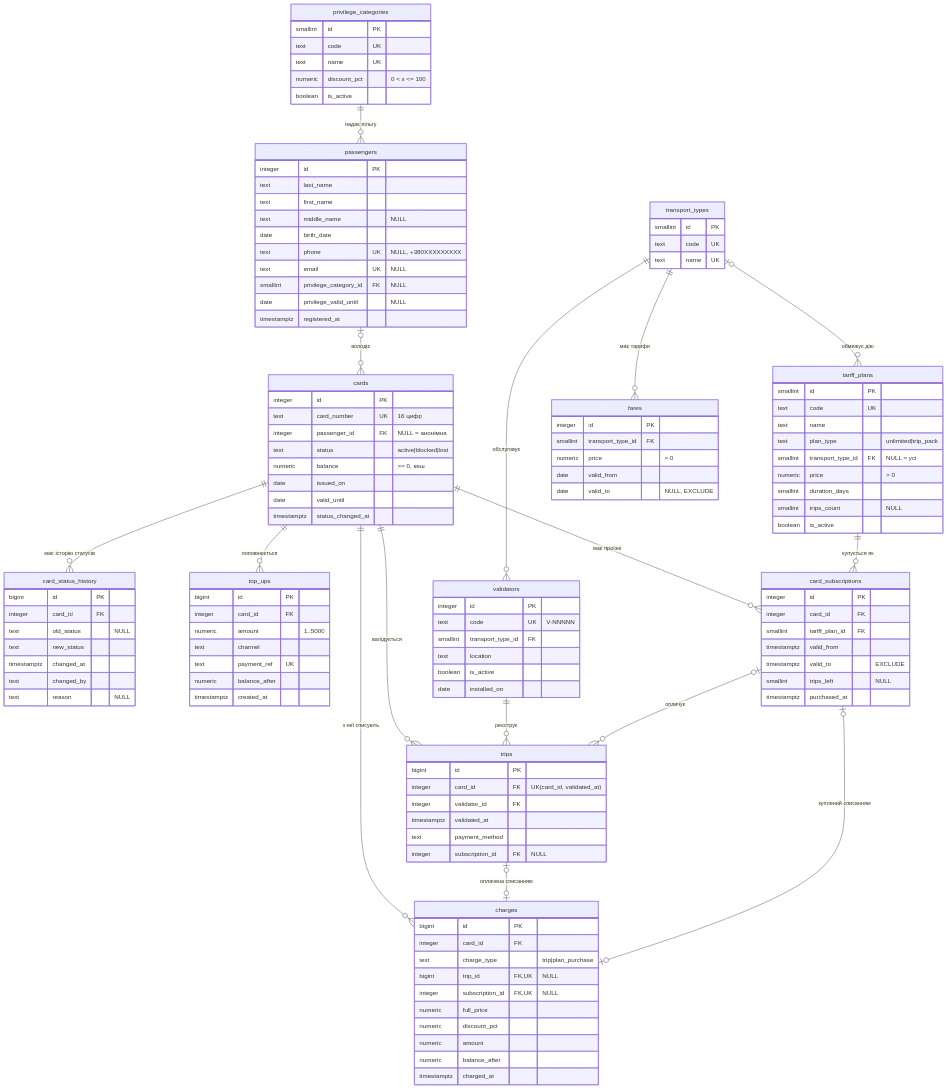
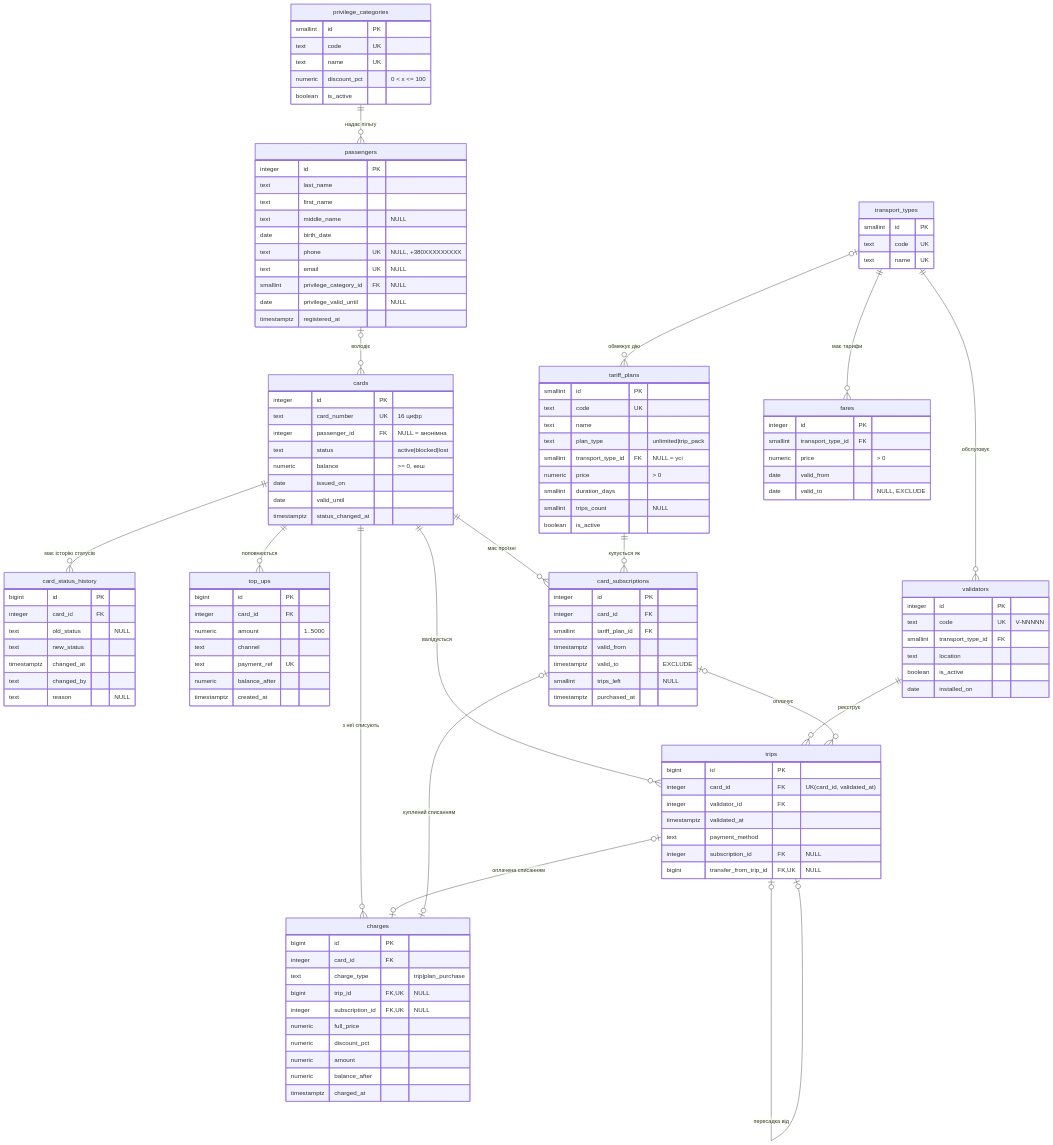
Before and after one commit to ArtemBereznii/KAI-Works: the diagram in Data-Bases-Coursework/docs/er.mmd, drawn with Mermaid. The commit also changed 11 other files, not shown here.

```diff
--- a/Data-Bases-Coursework/docs/er.mmd
+++ b/Data-Bases-Coursework/docs/er.mmd
@@ -1,126 +1,128 @@
 %% ER-діаграма схеми transit (відповідає sql/01_schema.sql)
 %% Кратність: ||  рівно один, o|  нуль або один, o{  нуль або багато
 erDiagram
     privilege_categories ||--o{ passengers : "надає пільгу"
     passengers |o--o{ cards : "володіє"
     cards ||--o{ card_status_history : "має історію статусів"
     cards ||--o{ top_ups : "поповнюється"
     cards ||--o{ card_subscriptions : "має проїзні"
     cards ||--o{ trips : "валідується"
     cards ||--o{ charges : "з неї списують"
     tariff_plans ||--o{ card_subscriptions : "купується як"
     transport_types |o--o{ tariff_plans : "обмежує дію"
     transport_types ||--o{ fares : "має тарифи"
     transport_types ||--o{ validators : "обслуговує"
     validators ||--o{ trips : "реєструє"
     card_subscriptions |o--o{ trips : "оплачує"
+    trips |o--o| trips : "пересадка від"
     trips |o--o| charges : "оплачена списанням"
     card_subscriptions |o--o| charges : "куплений списанням"
 
     privilege_categories {
         smallint id PK
         text code UK
         text name UK
         numeric discount_pct "0 < x <= 100"
         boolean is_active
     }
     passengers {
         integer id PK
         text last_name
         text first_name
         text middle_name "NULL"
         date birth_date
         text phone UK "NULL, +380XXXXXXXXX"
         text email UK "NULL"
         smallint privilege_category_id FK "NULL"
         date privilege_valid_until "NULL"
         timestamptz registered_at
     }
     cards {
         integer id PK
         text card_number UK "16 цифр"
         integer passenger_id FK "NULL = анонімна"
         text status "active|blocked|lost"
         numeric balance ">= 0, кеш"
         date issued_on
         date valid_until
         timestamptz status_changed_at
     }
     card_status_history {
         bigint id PK
         integer card_id FK
         text old_status "NULL"
         text new_status
         timestamptz changed_at
         text changed_by
         text reason "NULL"
     }
     transport_types {
         smallint id PK
         text code UK
         text name UK
     }
     fares {
         integer id PK
         smallint transport_type_id FK
         numeric price "> 0"
         date valid_from
         date valid_to "NULL, EXCLUDE"
     }
     tariff_plans {
         smallint id PK
         text code UK
         text name
         text plan_type "unlimited|trip_pack"
         smallint transport_type_id FK "NULL = усі"
         numeric price "> 0"
         smallint duration_days
         smallint trips_count "NULL"
         boolean is_active
     }
     card_subscriptions {
         integer id PK
         integer card_id FK
         smallint tariff_plan_id FK
         timestamptz valid_from
         timestamptz valid_to "EXCLUDE"
         smallint trips_left "NULL"
         timestamptz purchased_at
     }
     validators {
         integer id PK
         text code UK "V-NNNNN"
         smallint transport_type_id FK
         text location
         boolean is_active
         date installed_on
     }
     top_ups {
         bigint id PK
         integer card_id FK
         numeric amount "1..5000"
         text channel
         text payment_ref UK
         numeric balance_after
         timestamptz created_at
     }
     trips {
         bigint id PK
         integer card_id FK "UK(card_id, validated_at)"
         integer validator_id FK
         timestamptz validated_at
         text payment_method
         integer subscription_id FK "NULL"
+        bigint transfer_from_trip_id FK,UK "NULL"
     }
     charges {
         bigint id PK
         integer card_id FK
         text charge_type "trip|plan_purchase"
         bigint trip_id FK,UK "NULL"
         integer subscription_id FK,UK "NULL"
         numeric full_price
         numeric discount_pct
         numeric amount
         numeric balance_after
         timestamptz charged_at
     }
```
